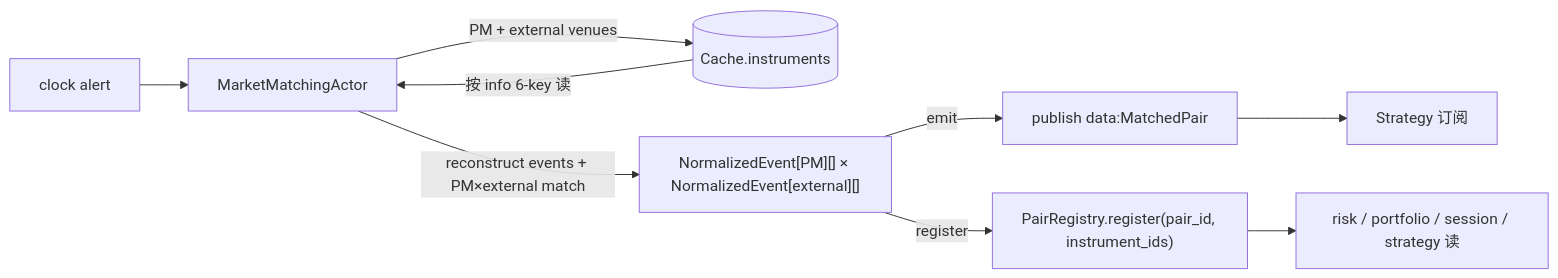
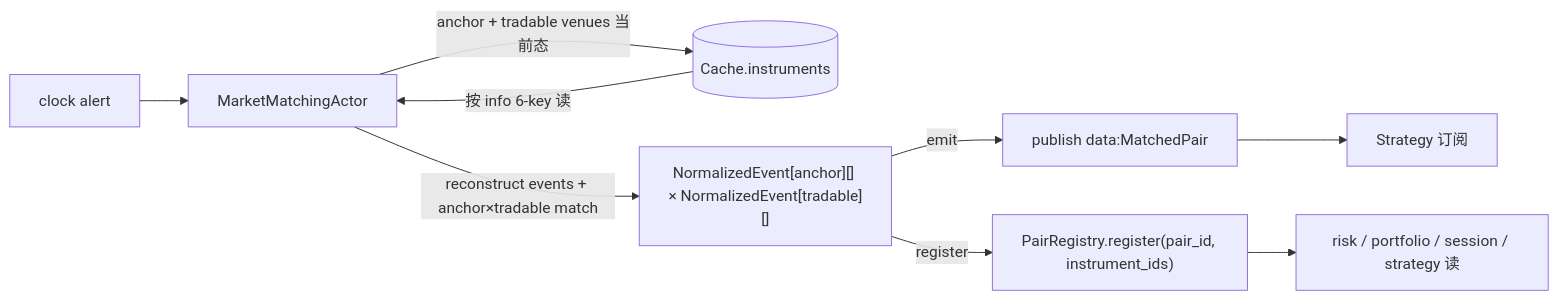
Before and after one commit to psnewer/nautilus_trader: the first of 2 diagrams in docs/arbitrage/architectures/matching/architecture.md, drawn with Mermaid. The commit also changed other lines of this file and 105 other files, not shown here.

````diff
--- a/docs/arbitrage/architectures/matching/architecture.md
+++ b/docs/arbitrage/architectures/matching/architecture.md
@@ -27,11 +38,11 @@
 ```mermaid
 flowchart LR
   T["clock alert"] --> MA[MarketMatchingActor]
-  MA -->|PM + external venues| C[(Cache.instruments)]
+  MA -->|anchor + tradable venues 当前态| C[(Cache.instruments)]
   C -->|按 info 6-key 读| MA
-  MA -->|reconstruct events + PM×external match| MATCH["NormalizedEvent[PM][] × NormalizedEvent[external][]"]
+  MA -->|reconstruct events + anchor×tradable match| MATCH["NormalizedEvent[anchor][] × NormalizedEvent[tradable][]"]
   MATCH -->|emit| EV["publish data:MatchedPair"]
   MATCH -->|register| REG["PairRegistry.register(pair_id, instrument_ids)"]
   REG --> RPS["risk / portfolio / session / strategy 读"]
   EV --> ST[Strategy 订阅]
 ```
````
